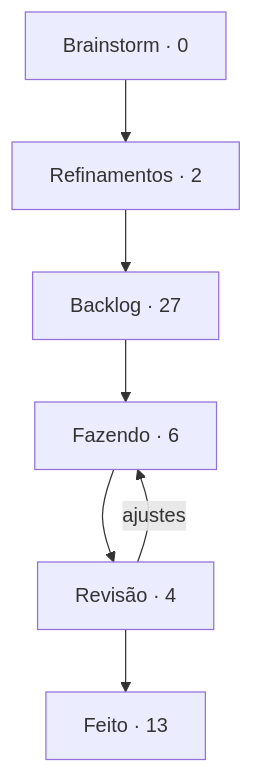
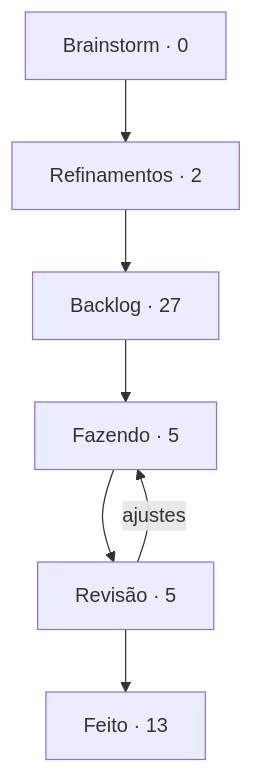
One commit to StudioVibi/VibiKanban changed the diagram in boards/dungeon-bend/BOARD.md. Above: the diagram before and after it, drawn with Mermaid. The commit also changed other lines of this file and 1 other file, not shown here.

Commit message:
board: DB-59 Fazendo → Revisão (@mete-marcha)

````diff
--- a/boards/dungeon-bend/BOARD.md
+++ b/boards/dungeon-bend/BOARD.md
@@ -5,12 +5,12 @@
 ```mermaid
 flowchart TD
   brainstorm["Brainstorm · 0"] --> refinamentos["Refinamentos · 2"]
   refinamentos --> backlog["Backlog · 27"]
-  backlog --> doing["Fazendo · 6"]
-  doing --> review["Revisão · 4"]
+  backlog --> doing["Fazendo · 5"]
+  doing --> review["Revisão · 5"]
   review --> done["Feito · 13"]
   review -->|ajustes| doing
   doing:::blue
   review:::yellow
   done:::green
 ```
````
